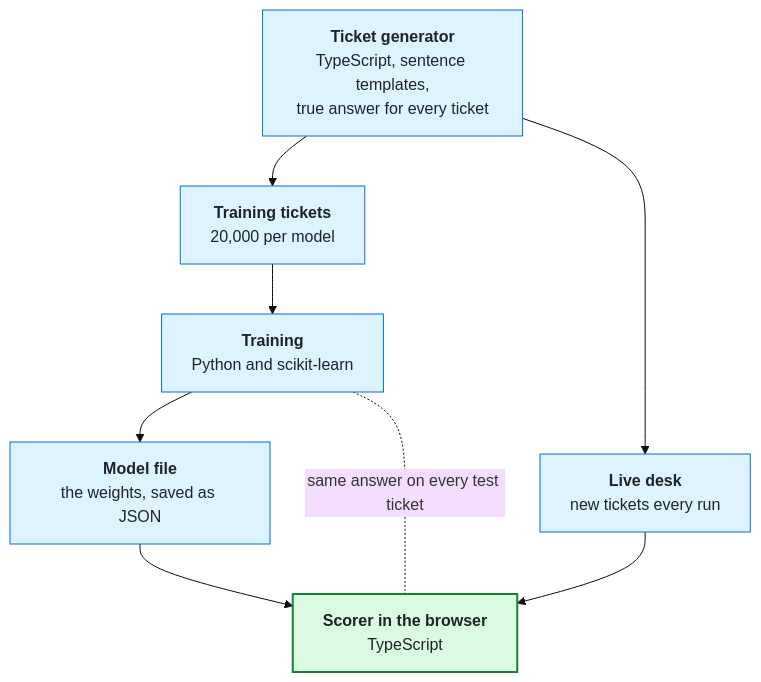
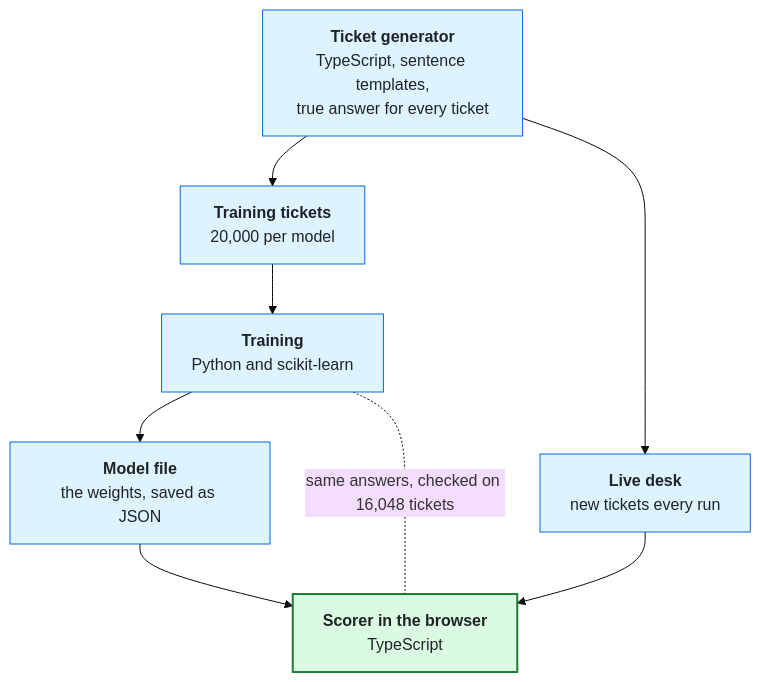
Before and after one commit to GoudyMT/ai-support-desk-triage: the second of 3 diagrams in docs/guide/how-it-works.md, drawn with Mermaid (base theme). The commit also changed other lines of this file and 3 other files, not shown here.

````diff
--- a/docs/guide/how-it-works.md
+++ b/docs/guide/how-it-works.md
@@ -76,14 +76,14 @@
 ```mermaid
 flowchart TD
     G["<b>Ticket generator</b><br/>TypeScript, sentence templates,<br/>true answer for every ticket"] --> X["<b>Training tickets</b><br/>20,000 per model"]
     X --> TR["<b>Training</b><br/>Python and scikit-learn"]
     TR --> J["<b>Model file</b><br/>the weights, saved as JSON"]
     J --> B["<b>Scorer in the browser</b><br/>TypeScript"]
-    TR -. "same answer on every test ticket" .- B
+    TR -. "same answers, checked on 16,048 tickets" .- B
     G --> L["<b>Live desk</b><br/>new tickets every run"]
     L --> B
     classDef step fill:#ddf4ff,stroke:#0969da,color:#1f2328
     classDef pick fill:#dafbe1,stroke:#1a7f37,stroke-width:2px,color:#1f2328
     class G,X,TR,J,L step
     class B pick
 ```
````
